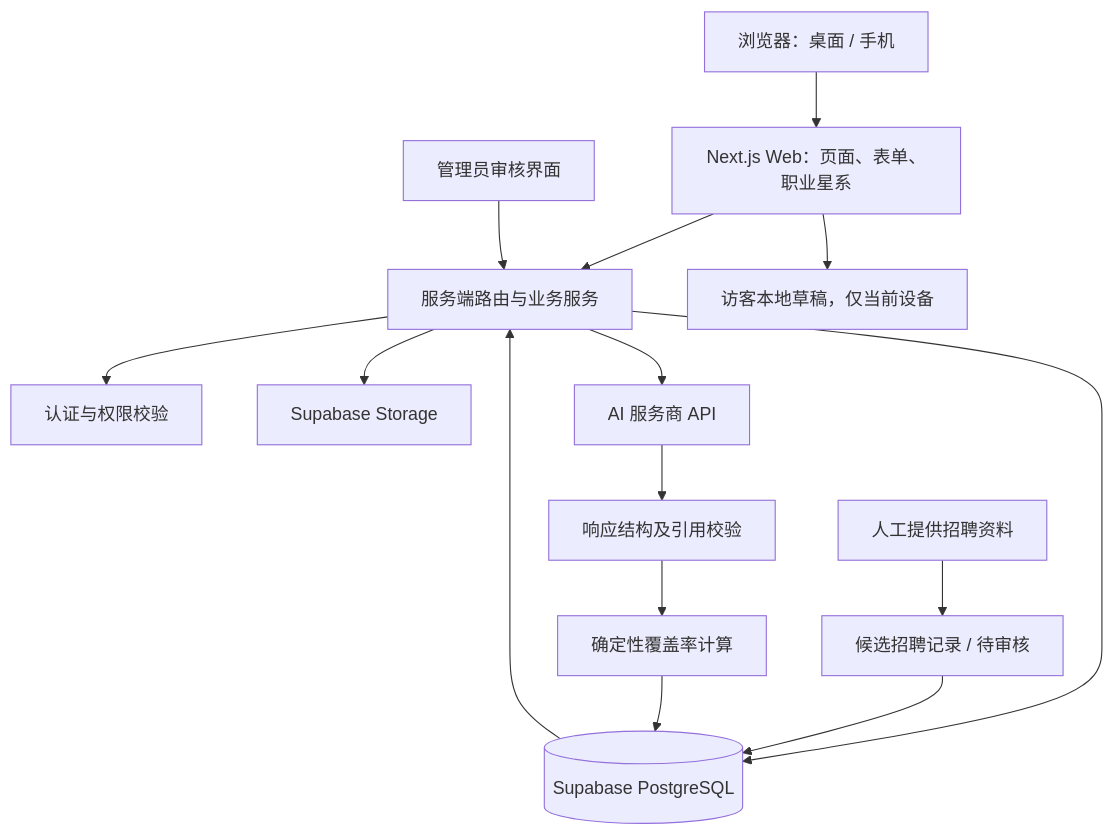
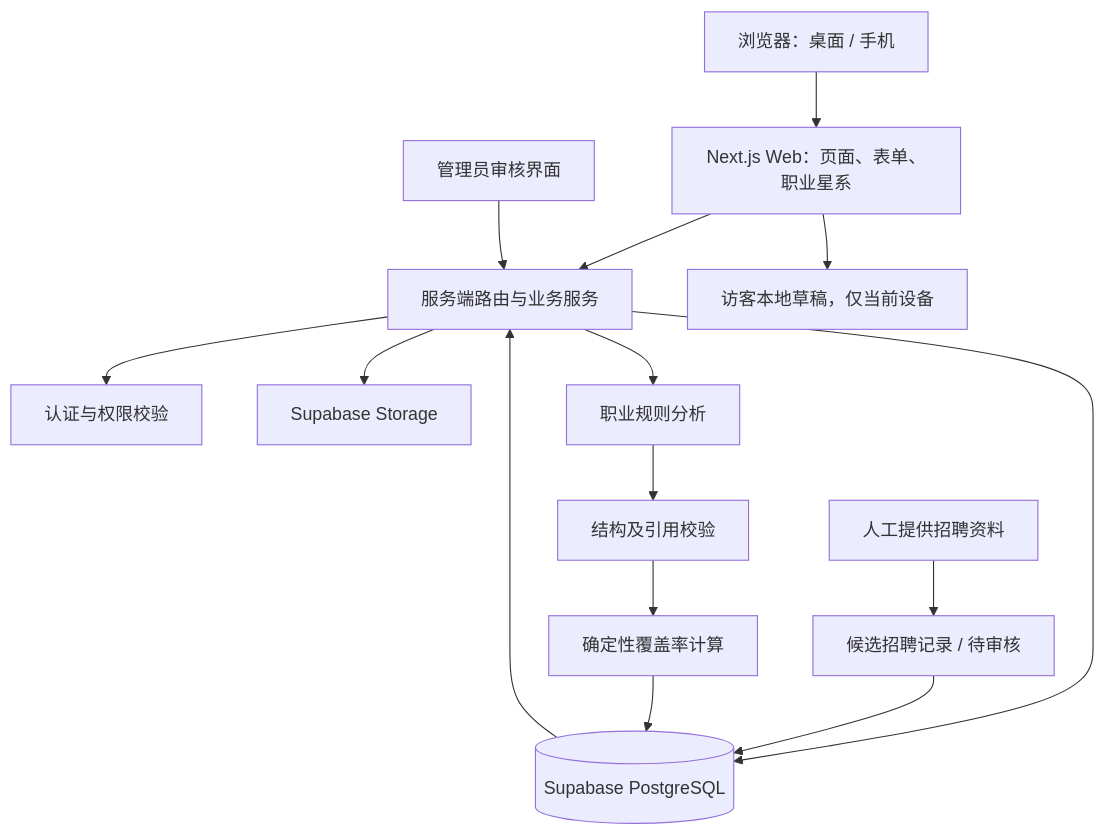
One commit to zhangyue2029-cmd/our_website changed the diagram in memory-bank/tech-stack.md. Above: the diagram before and after it, drawn with Mermaid. The commit also changed other lines of this file and 14 other files, not shown here.

````diff
--- a/memory-bank/tech-stack.md
+++ b/memory-bank/tech-stack.md
@@ -46,17 +46,17 @@
 ```mermaid
 flowchart TB
   B[浏览器：桌面 / 手机] --> W[Next.js Web：页面、表单、职业星系]
   W --> S[服务端路由与业务服务]
   W --> L[访客本地草稿，仅当前设备]
   S --> A[认证与权限校验]
   S --> DB[(Supabase PostgreSQL)]
   S --> FS[Supabase Storage]
-  S --> AI[AI 服务商 API]
+  S --> R[职业规则分析]
   J[人工提供招聘资料] --> P[候选招聘记录 / 待审核]
   P --> DB
-  AI --> V[响应结构及引用校验]
+  R --> V[结构及引用校验]
   V --> C[确定性覆盖率计算]
   C --> DB
   DB --> S
   ADMIN[管理员审核界面] --> S
 ```
````
